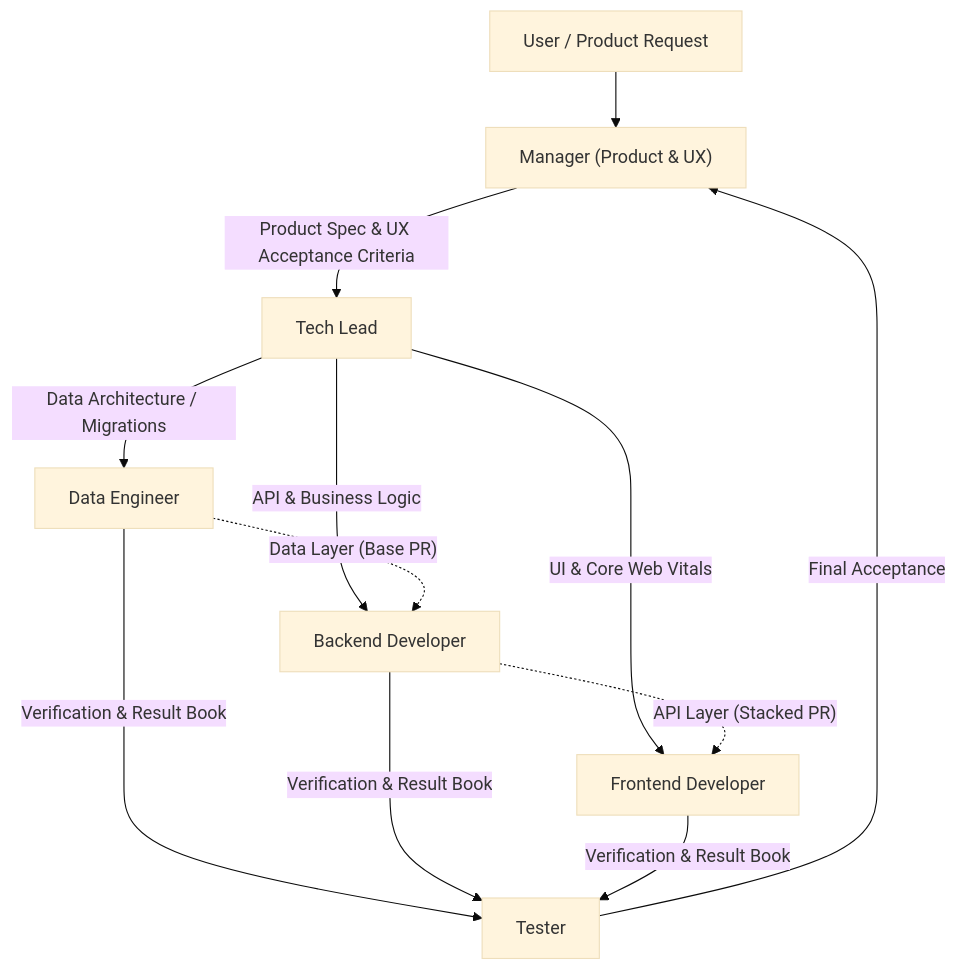
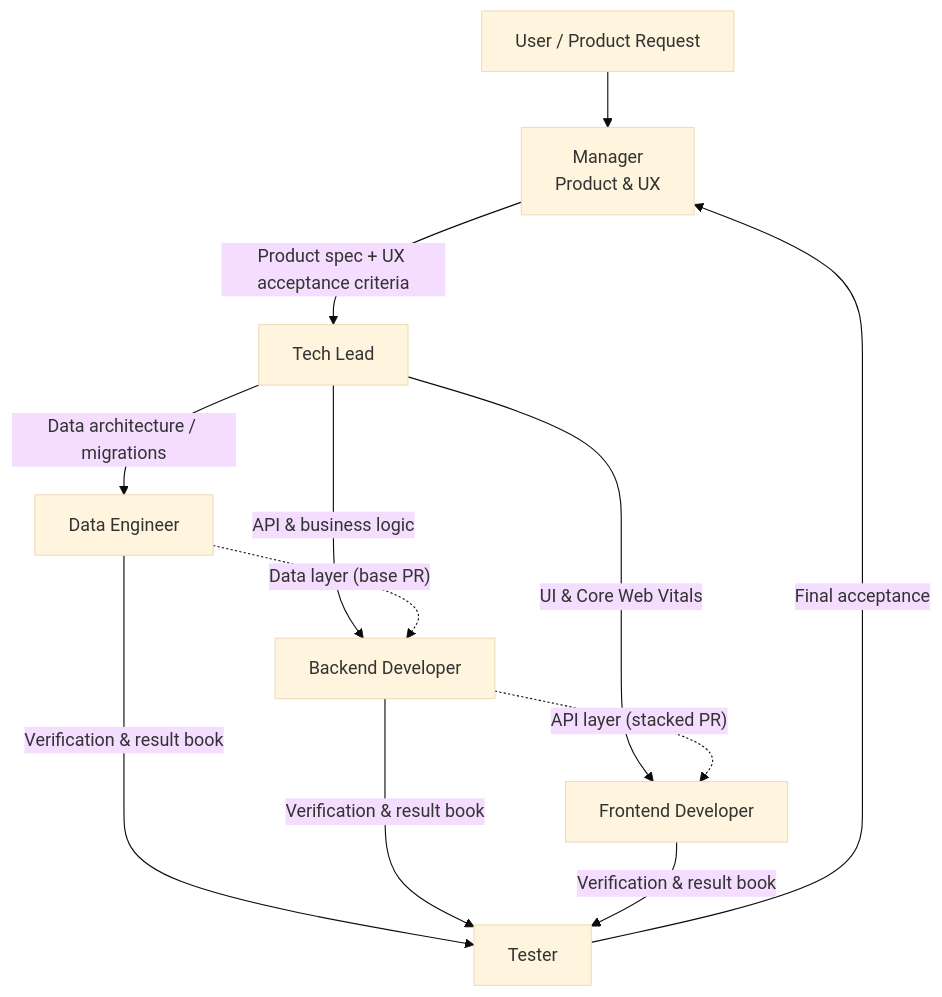
One commit to pato-byepaper/agentic-engineering changed the first of 2 diagrams in README.md. Above: the diagram before and after it, drawn with Mermaid (base theme). The commit also changed other lines of this file, not shown here.

````diff
--- a/README.md
+++ b/README.md
@@ -7,12 +39,12 @@
 ```mermaid
 flowchart TD
-    User["User / Product Request"] --> M["Manager (Product & UX)"]
-    M -->|"Product Spec & UX Acceptance Criteria"| TL["Tech Lead"]
-    TL -->|"Data Architecture / Migrations"| DE["Data Engineer"]
-    TL -->|"API & Business Logic"| BE["Backend Developer"]
+    User["User / Product Request"] --> M["Manager<br/>Product & UX"]
+    M -->|"Product spec + UX acceptance criteria"| TL["Tech Lead"]
+    TL -->|"Data architecture / migrations"| DE["Data Engineer"]
+    TL -->|"API & business logic"| BE["Backend Developer"]
     TL -->|"UI & Core Web Vitals"| FE["Frontend Developer"]
-    DE -.->|"Data Layer (Base PR)"| BE
-    BE -.->|"API Layer (Stacked PR)"| FE
-    DE & BE & FE -->|"Verification & Result Book"| T["Tester"]
-    T -->|"Final Acceptance"| M
+    DE -.->|"Data layer (base PR)"| BE
+    BE -.->|"API layer (stacked PR)"| FE
+    DE & BE & FE -->|"Verification & result book"| T["Tester"]
+    T -->|"Final acceptance"| M
 ```
````
